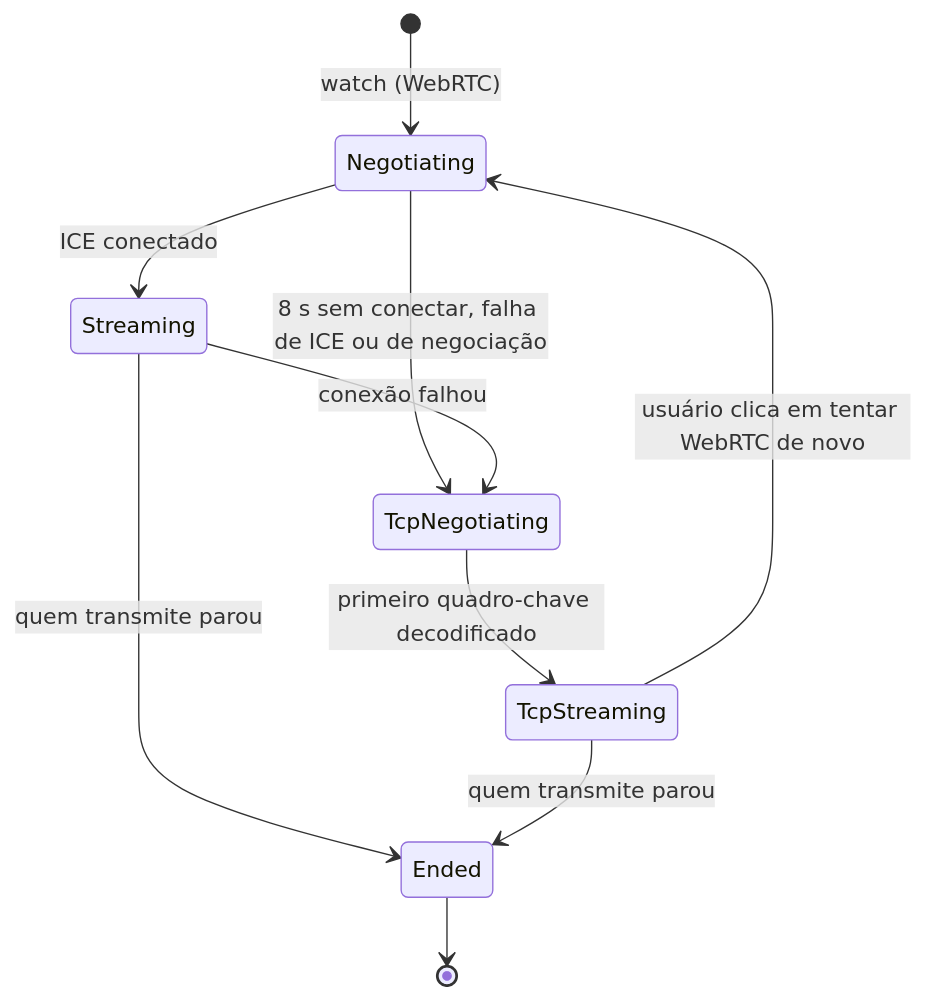
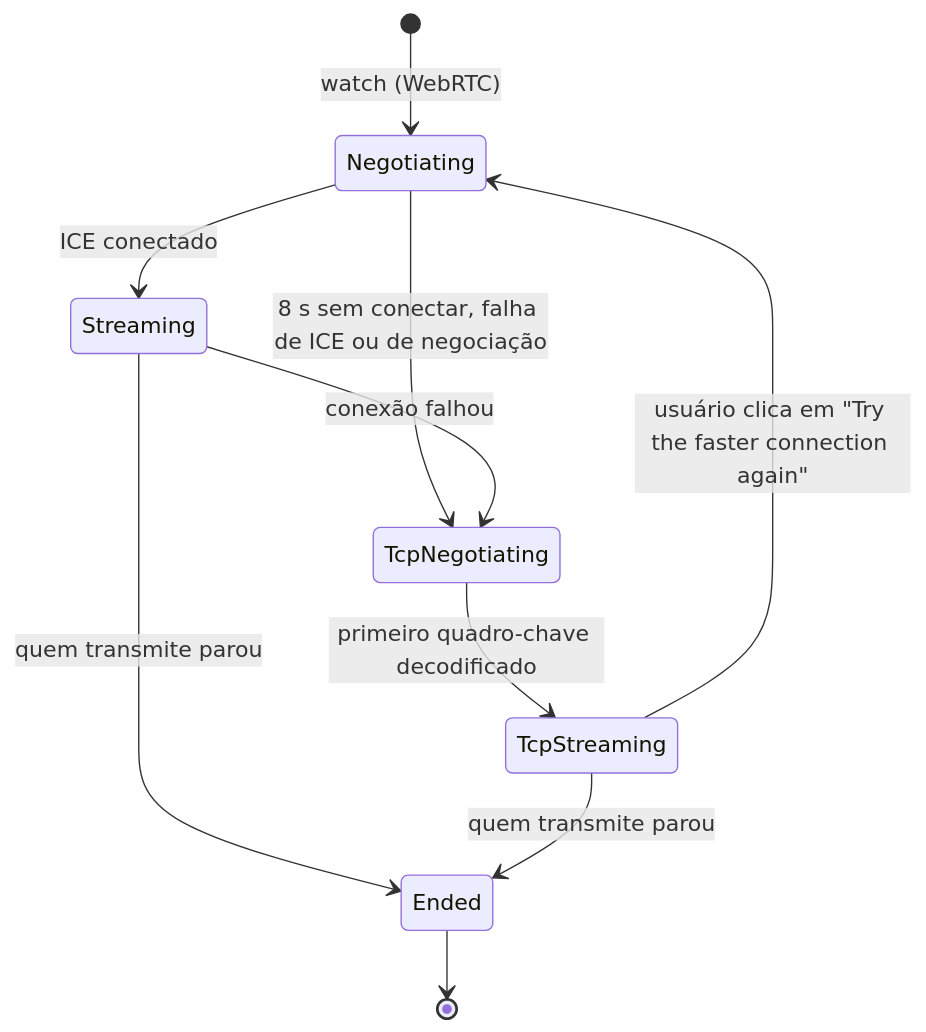
One commit to nsfxu/lan-screenshare changed the fifth of 6 diagrams in docs/pt-BR/media-pipeline.md. Above: the diagram before and after it, drawn with Mermaid. The commit also changed other lines of this file and 13 other files, not shown here.

````diff
--- a/docs/pt-BR/media-pipeline.md
+++ b/docs/pt-BR/media-pipeline.md
@@ -176,12 +176,12 @@
 ```mermaid
 stateDiagram-v2
   [*] --> Negotiating: watch (WebRTC)
   Negotiating --> Streaming: ICE conectado
   Negotiating --> TcpNegotiating: 8 s sem conectar, falha de ICE ou de negociação
   Streaming --> TcpNegotiating: conexão falhou
   TcpNegotiating --> TcpStreaming: primeiro quadro-chave decodificado
-  TcpStreaming --> Negotiating: usuário clica em tentar WebRTC de novo
+  TcpStreaming --> Negotiating: usuário clica em "Try the faster connection again"
   Streaming --> Ended: quem transmite parou
   TcpStreaming --> Ended: quem transmite parou
   Ended --> [*]
 ```
````
